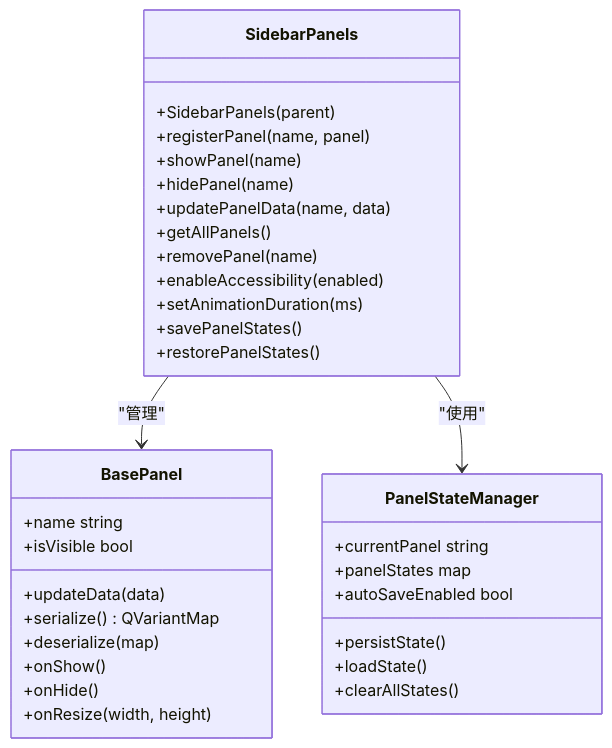
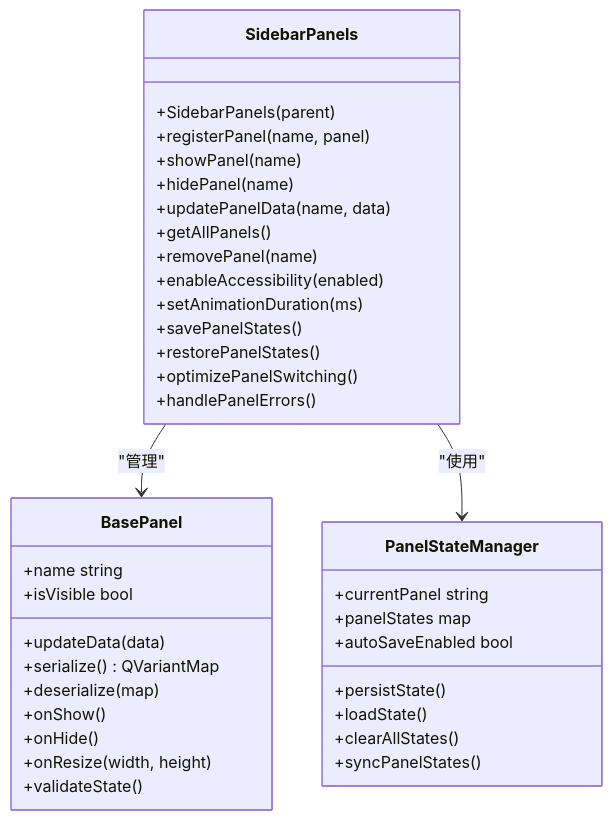
Before and after one commit to jakecai1225-design/OpenBus: the eighth of 15 diagrams in .qoder/repowiki/zh/content/架构设计/UI系统设计/UI系统设计.md, drawn with Mermaid. The commit also changed other lines of this file and 15 other files, not shown here.

Commit message:
分离试图 拓扑图

````diff
--- a/.qoder/repowiki/zh/content/架构设计/UI系统设计/UI系统设计.md
+++ b/.qoder/repowiki/zh/content/架构设计/UI系统设计/UI系统设计.md
@@ -555,36 +578,40 @@
 ```mermaid
 classDiagram
 class SidebarPanels {
 +SidebarPanels(parent)
 +registerPanel(name, panel)
 +showPanel(name)
 +hidePanel(name)
 +updatePanelData(name, data)
 +getAllPanels()
 +removePanel(name)
 +enableAccessibility(enabled)
 +setAnimationDuration(ms)
 +savePanelStates()
 +restorePanelStates()
++optimizePanelSwitching()
++handlePanelErrors()
 }
 class BasePanel {
 +name string
 +isVisible bool
 +updateData(data)
 +serialize() QVariantMap
 +deserialize(map)
 +onShow()
 +onHide()
 +onResize(width, height)
++validateState()
 }
 class PanelStateManager {
 +currentPanel string
 +panelStates map
 +autoSaveEnabled bool
 +persistState()
 +loadState()
 +clearAllStates()
++syncPanelStates()
 }
 SidebarPanels --> BasePanel : "管理"
 SidebarPanels --> PanelStateManager : "使用"
 ```
````
